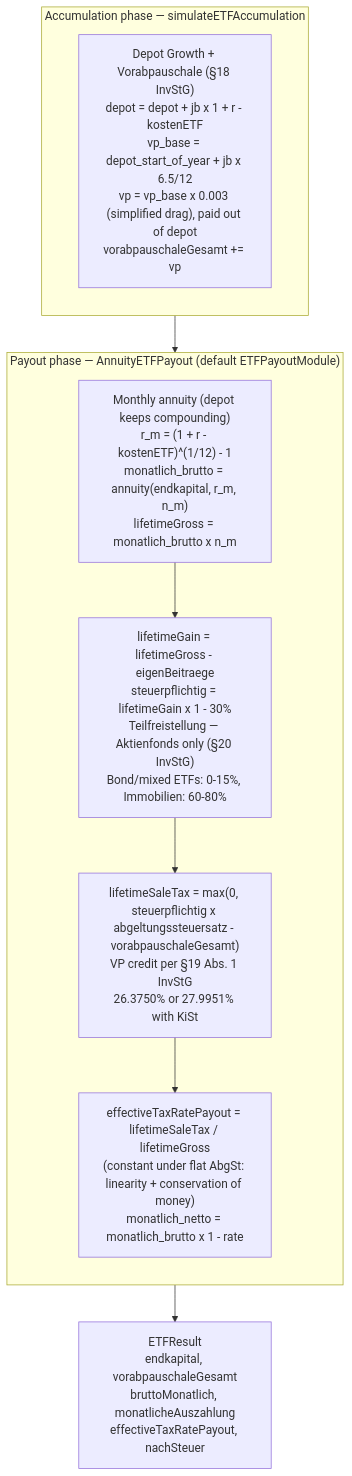
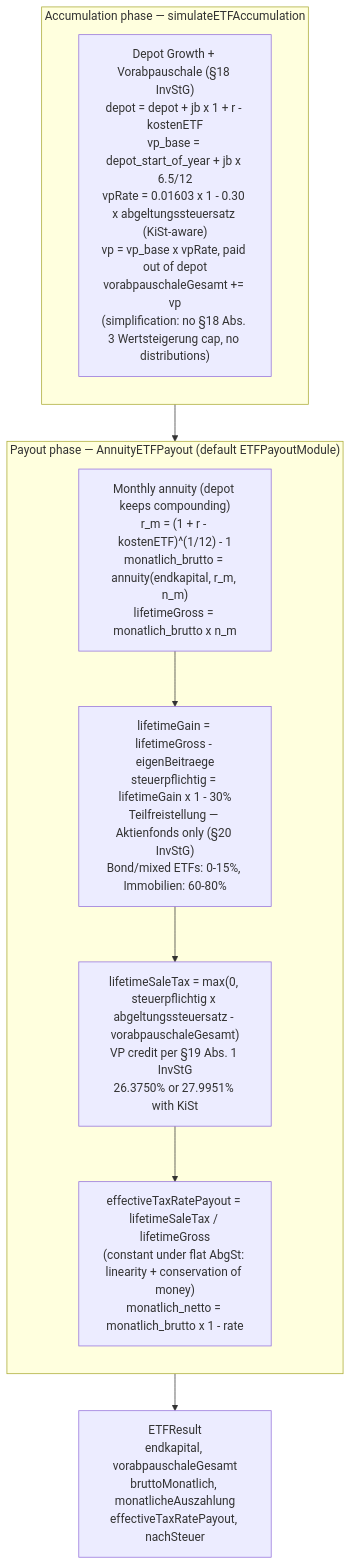
One commit to chraig/de_altersvorsorge_depot changed the third of 4 diagrams in docs/CALCULATION_MAP.md. Above: the diagram before and after it, drawn with Mermaid. The commit also changed 7 other files, not shown here.

````diff
--- a/docs/CALCULATION_MAP.md
+++ b/docs/CALCULATION_MAP.md
@@ -91,17 +91,17 @@
 ```mermaid
 flowchart TD
     subgraph ACC["Accumulation phase — simulateETFAccumulation"]
         direction TB
-        GROW["Depot Growth + Vorabpauschale (§18 InvStG)<br/>depot = depot + jb x 1 + r - kostenETF<br/>vp_base = depot_start_of_year + jb x 6.5/12<br/>vp = vp_base x 0.003 (simplified drag), paid out of depot<br/>vorabpauschaleGesamt += vp"]
+        GROW["Depot Growth + Vorabpauschale (§18 InvStG)<br/>depot = depot + jb x 1 + r - kostenETF<br/>vp_base = depot_start_of_year + jb x 6.5/12<br/>vpRate = 0.01603 x 1 - 0.30 x abgeltungssteuersatz (KiSt-aware)<br/>vp = vp_base x vpRate, paid out of depot<br/>vorabpauschaleGesamt += vp<br/>(simplification: no §18 Abs. 3 Wertsteigerung cap, no distributions)"]
     end
     GROW --> PAY
     subgraph PAY["Payout phase — AnnuityETFPayout (default ETFPayoutModule)"]
         direction TB
         ANN["Monthly annuity (depot keeps compounding)<br/>r_m = (1 + r - kostenETF)^(1/12) - 1<br/>monatlich_brutto = annuity(endkapital, r_m, n_m)<br/>lifetimeGross = monatlich_brutto x n_m"]
         TEIL["lifetimeGain = lifetimeGross - eigenBeitraege<br/>steuerpflichtig = lifetimeGain x 1 - 30%<br/>Teilfreistellung — Aktienfonds only (§20 InvStG)<br/>Bond/mixed ETFs: 0-15%, Immobilien: 60-80%"]
         ABGST["lifetimeSaleTax = max(0, steuerpflichtig x abgeltungssteuersatz - vorabpauschaleGesamt)<br/>VP credit per §19 Abs. 1 InvStG<br/>26.3750% or 27.9951% with KiSt"]
         RATE["effectiveTaxRatePayout = lifetimeSaleTax / lifetimeGross<br/>(constant under flat AbgSt: linearity + conservation of money)<br/>monatlich_netto = monatlich_brutto x 1 - rate"]
         ANN --> TEIL --> ABGST --> RATE
     end
     RATE --> RES[ETFResult<br/>endkapital, vorabpauschaleGesamt<br/>bruttoMonatlich, monatlicheAuszahlung<br/>effectiveTaxRatePayout, nachSteuer]
 ```
````
